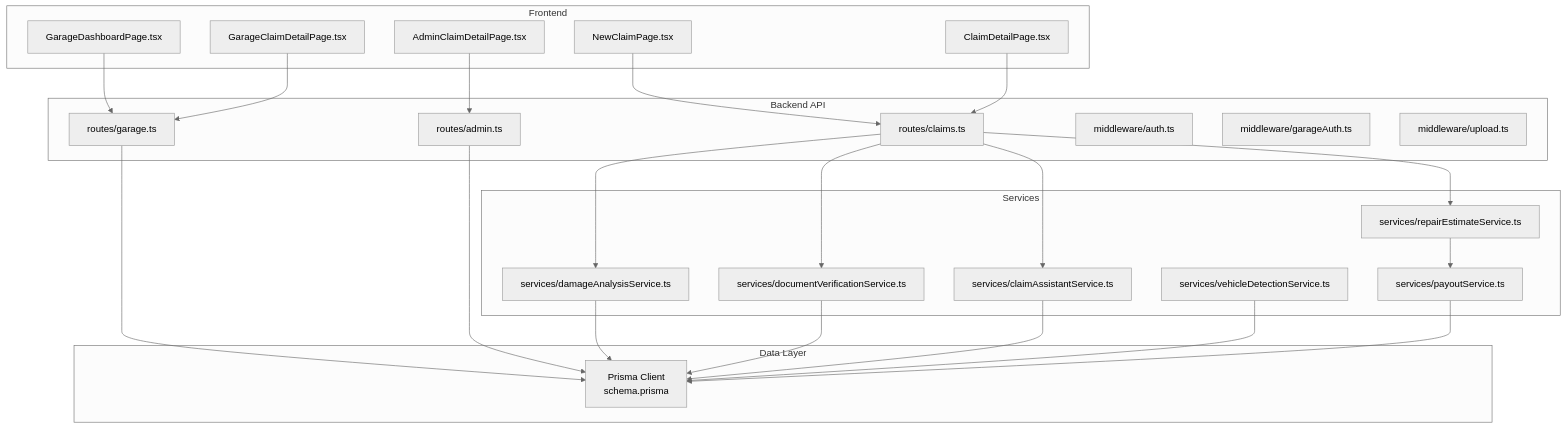
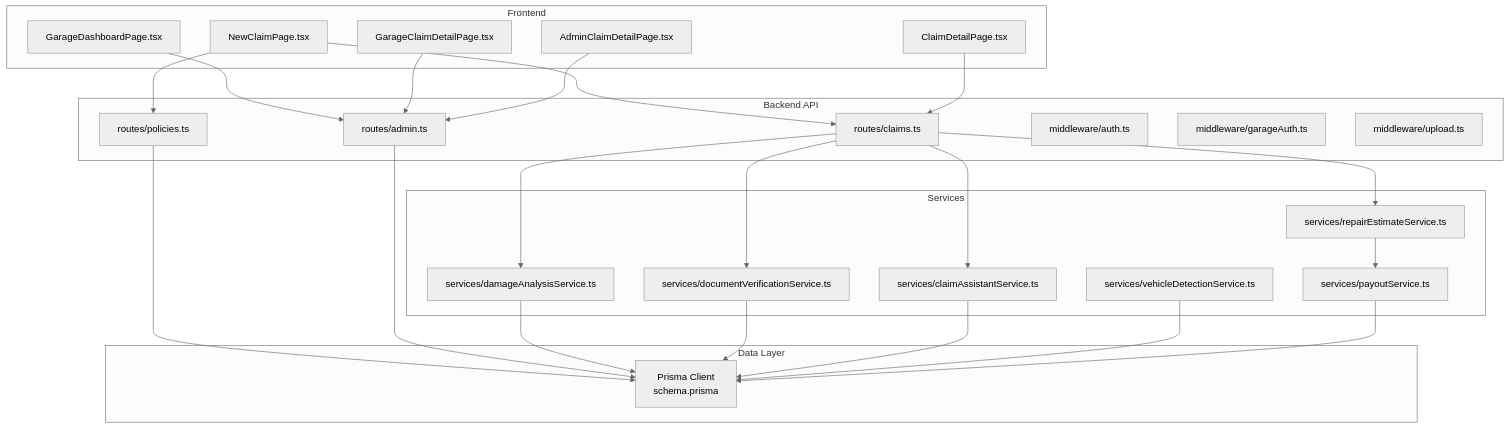
One commit to NaveenHiranya/Smart-Vehicle-Insurance-Claim-System changed the first of 16 diagrams in .qoder/repowiki/en/content/Business Logic Layer/Claims Processing Workflow.md. Above: the diagram before and after it, drawn with Mermaid (neutral theme). The commit also changed other lines of this file and 21 other files, not shown here.

````diff
--- a/.qoder/repowiki/en/content/Business Logic Layer/Claims Processing Workflow.md
+++ b/.qoder/repowiki/en/content/Business Logic Layer/Claims Processing Workflow.md
@@ -49,46 +49,47 @@
 ```mermaid
 graph TB
 subgraph "Frontend"
 NCP["NewClaimPage.tsx"]
 GDP["GarageDashboardPage.tsx"]
 GCDP["GarageClaimDetailPage.tsx"]
 ADP["AdminClaimDetailPage.tsx"]
 CDP["ClaimDetailPage.tsx"]
 end
 subgraph "Backend API"
 R_CLAIMS["routes/claims.ts"]
-R_GARAGE["routes/garage.ts"]
+R_POLICIES["routes/policies.ts"]
 R_ADMIN["routes/admin.ts"]
 M_AUTH["middleware/auth.ts"]
 M_GARAGE["middleware/garageAuth.ts"]
 M_UPLOAD["middleware/upload.ts"]
 end
 subgraph "Services"
 S_DAM["services/damageAnalysisService.ts"]
 S_EST["services/repairEstimateService.ts"]
 S_DOC["services/documentVerificationService.ts"]
 S_ASS["services/claimAssistantService.ts"]
 S_VEH["services/vehicleDetectionService.ts"]
 S_PAYOUT["services/payoutService.ts"]
 end
 subgraph "Data Layer"
 DB["Prisma Client<br/>schema.prisma"]
 end
 NCP --> R_CLAIMS
-GDP --> R_GARAGE
-GCDP --> R_GARAGE
+NCP --> R_POLICIES
+GDP --> R_ADMIN
+GCDP --> R_ADMIN
 ADP --> R_ADMIN
 CDP --> R_CLAIMS
 R_CLAIMS --> S_DAM
 R_CLAIMS --> S_EST
 R_CLAIMS --> S_DOC
 R_CLAIMS --> S_ASS
-R_GARAGE --> DB
+R_POLICIES --> DB
 R_ADMIN --> DB
 S_DAM --> DB
 S_EST --> S_PAYOUT
 S_DOC --> DB
 S_ASS --> DB
 S_VEH --> DB
 S_PAYOUT --> DB
 ```
````
